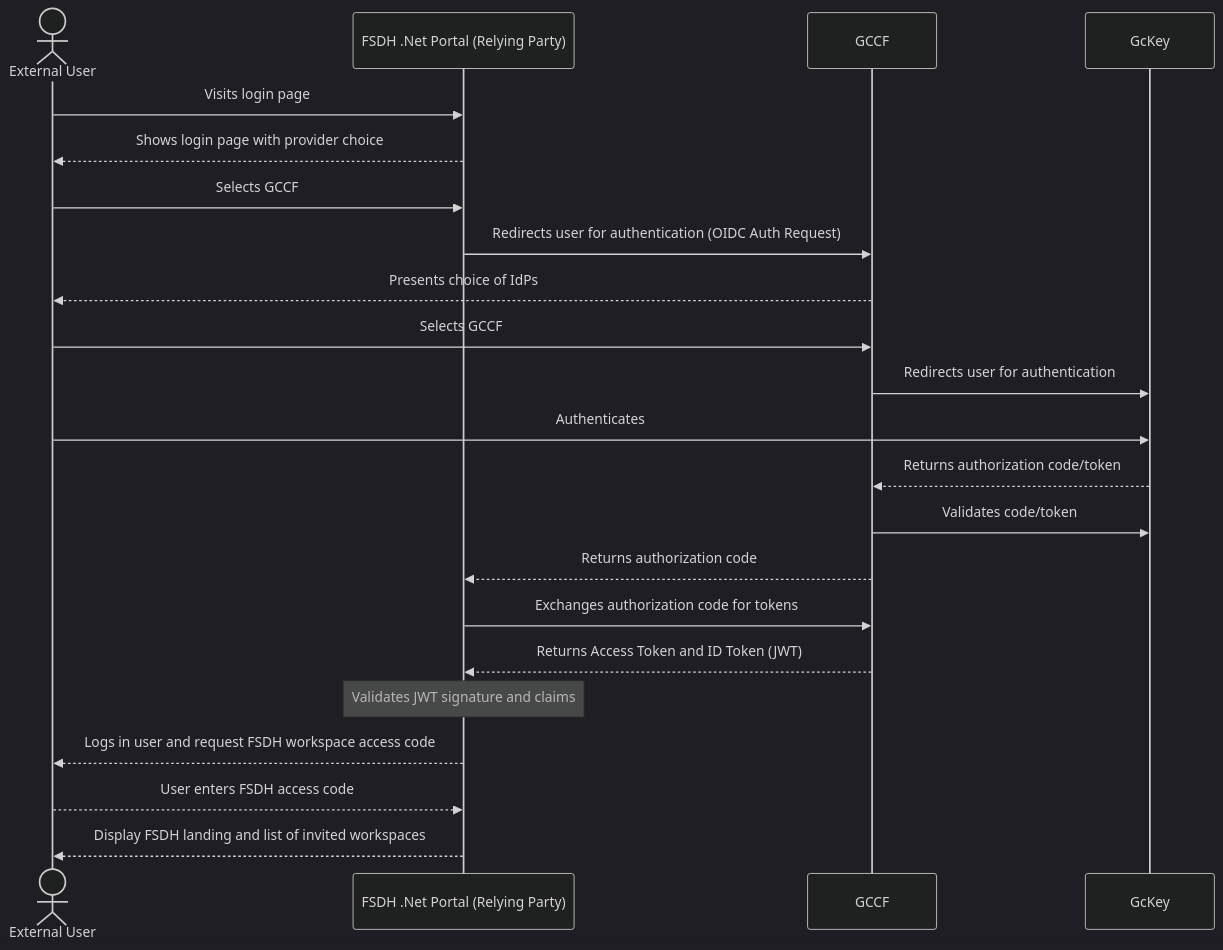
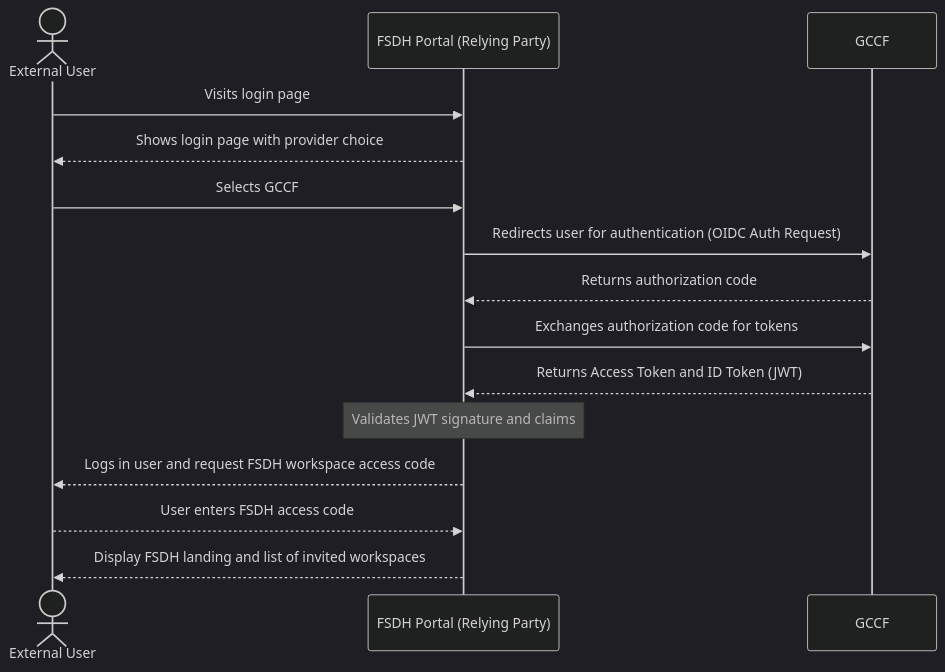
One commit to ssc-sp/datahub-docs changed the first of 6 diagrams in DeveloperGuide/GCCF/oidc_flow.md. Above: the diagram before and after it, drawn with Mermaid (dark theme). The commit also changed other lines of this file and 1 other file, not shown here.

Commit message:
added text and improved diagrams

````diff
--- a/DeveloperGuide/GCCF/oidc_flow.md
+++ b/DeveloperGuide/GCCF/oidc_flow.md
@@ -9,25 +9,17 @@
 ```mermaid
 sequenceDiagram
     actor User as External User
-    participant FSDH as FSDH .Net Portal (Relying Party)
+    participant FSDH as FSDH Portal (Relying Party)
     User->>FSDH: Visits login page
     FSDH-->>User: Shows login page with provider choice
     User->>FSDH: Selects GCCF
     FSDH->>GCCF: Redirects user for authentication (OIDC Auth Request)
-    
-    GCCF-->>User: Presents choice of IdPs
-    User->>GCCF: Selects GCCF
-    GCCF->>GcKey: Redirects user for authentication
-    
-    User->>GcKey: Authenticates
-    GcKey-->>GCCF: Returns authorization code/token
-    GCCF->>GcKey: Validates code/token
-    
+
     GCCF-->>FSDH: Returns authorization code
     FSDH->>GCCF: Exchanges authorization code for tokens
     GCCF-->>FSDH: Returns Access Token and ID Token (JWT)
     Note over FSDH: Validates JWT signature and claims
     FSDH-->>User: Logs in user and request FSDH workspace access code
     User-->>FSDH: User enters FSDH access code
     FSDH-->>User: Display FSDH landing and list of invited workspaces
 ```
````
